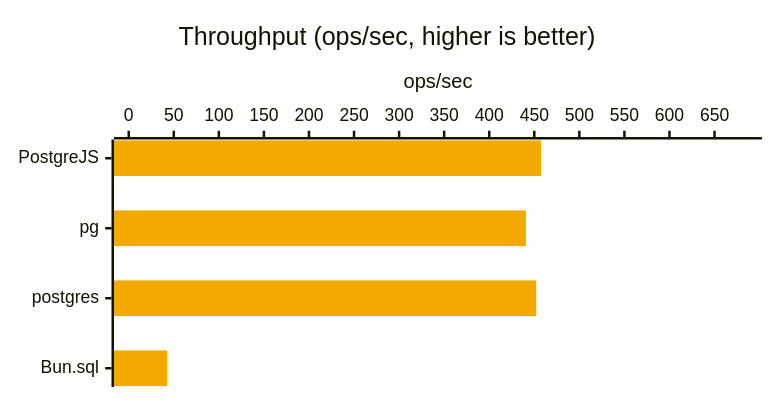
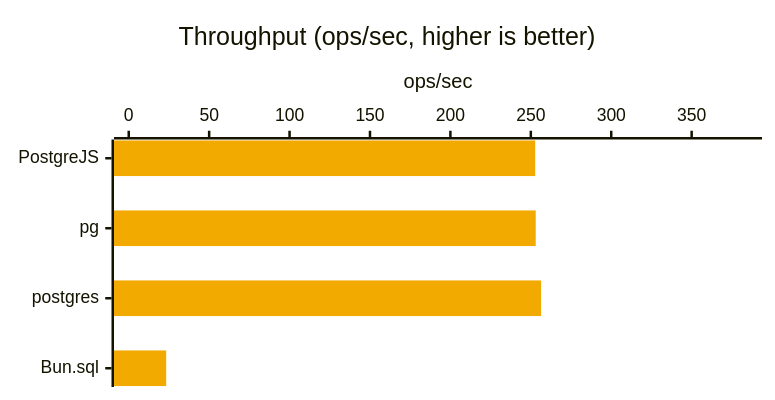
One commit to panates/postgrejs changed the eighth of 47 diagrams in doc/BENCHMARKS-bun.md. Above: the diagram before and after it, drawn with Mermaid. The commit also changed other lines of this file and 1 other file, not shown here.

````diff
--- a/doc/BENCHMARKS-bun.md
+++ b/doc/BENCHMARKS-bun.md
@@ -222,8 +237,8 @@
 ```mermaid
 %%{init: {'xyChart': {'width': 600, 'height': 300, 'chartOrientation': 'horizontal'}, 'themeVariables': {'xyChart': {'plotColorPalette': '#f2a900'}}}}%%
 xychart-beta
     title "Throughput (ops/sec, higher is better)"
     x-axis ["PostgreJS", "pg", "postgres", "Bun.sql"]
-    y-axis "ops/sec" 0.0000 --> 686.3352
-    bar [457.5568, 440.6935, 452.0909, 42.7406]
+    y-axis "ops/sec" 0.0000 --> 384.5770
+    bar [252.7226, 253.0406, 256.3847, 23.2946]
 ```
````
